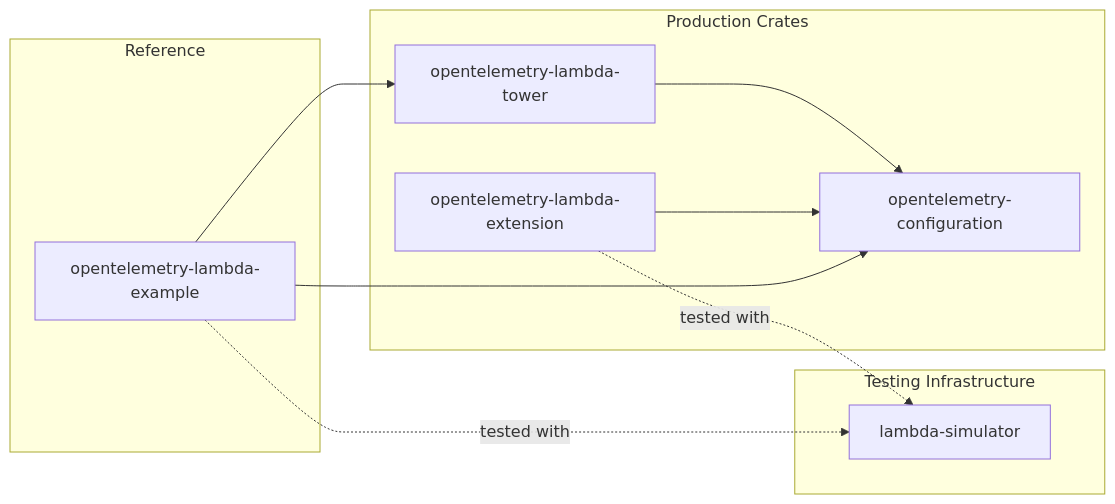
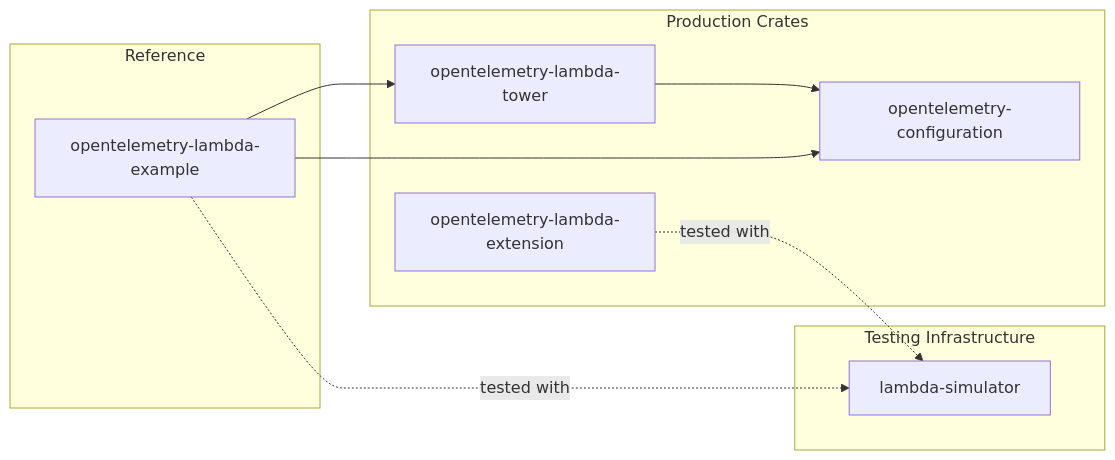
One commit to djvcom/lambda-observability changed the second of 3 diagrams in README.md. Above: the diagram before and after it, drawn with Mermaid. The commit also changed other lines of this file and 47 other files, not shown here.

````diff
--- a/README.md
+++ b/README.md
@@ -101,23 +102,22 @@
 ```mermaid
 flowchart LR
     subgraph Production["Production Crates"]
         tower["opentelemetry-lambda-tower"]
         config["opentelemetry-configuration"]
         ext["opentelemetry-lambda-extension"]
     end
 
     subgraph Testing["Testing Infrastructure"]
         sim["lambda-simulator"]
     end
 
     subgraph Example["Reference"]
         example["opentelemetry-lambda-example"]
     end
 
     tower --> config
-    ext --> config
     example --> tower
     example --> config
     example -.->|"tested with"| sim
     ext -.->|"tested with"| sim
 ```
````
